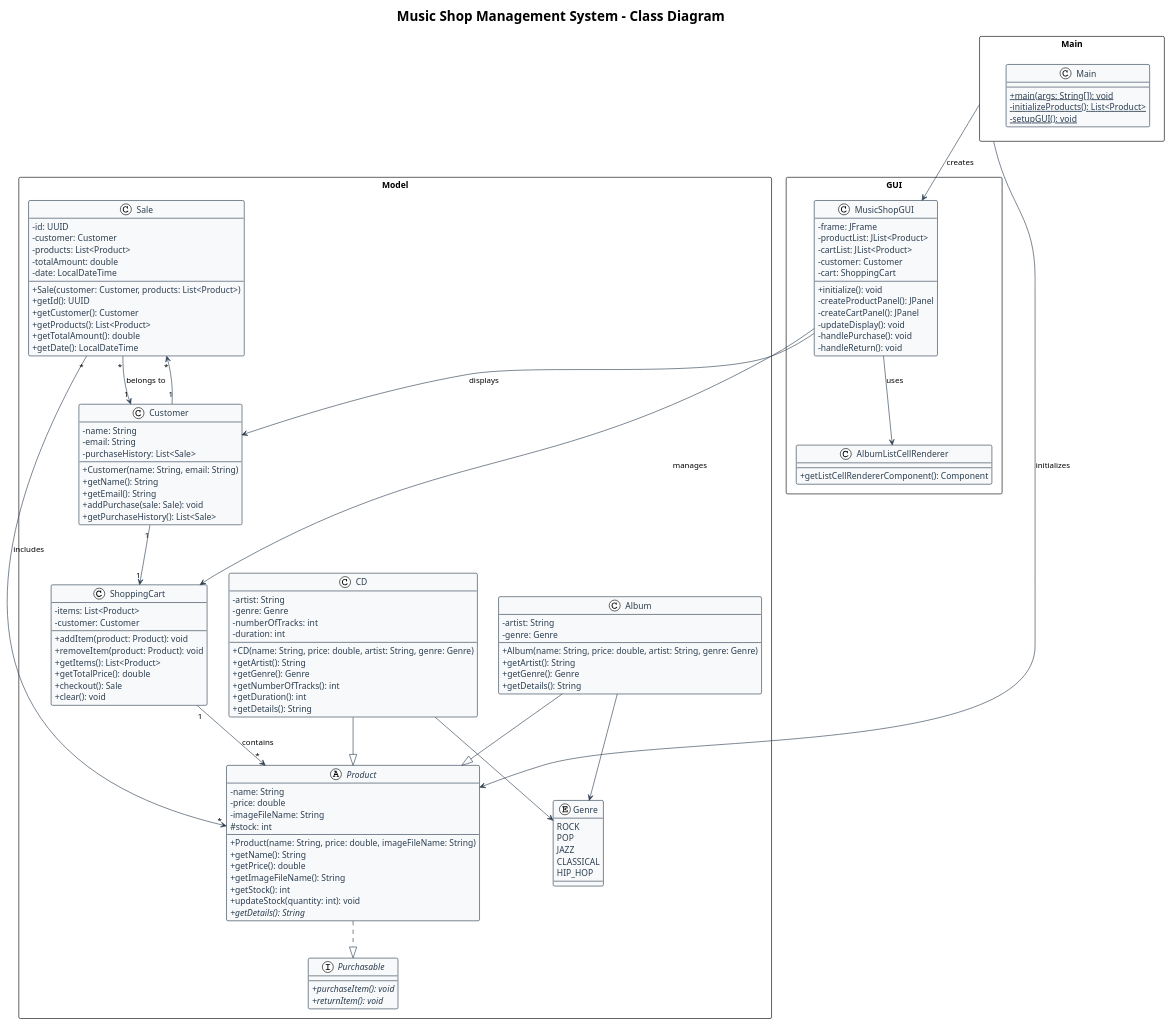
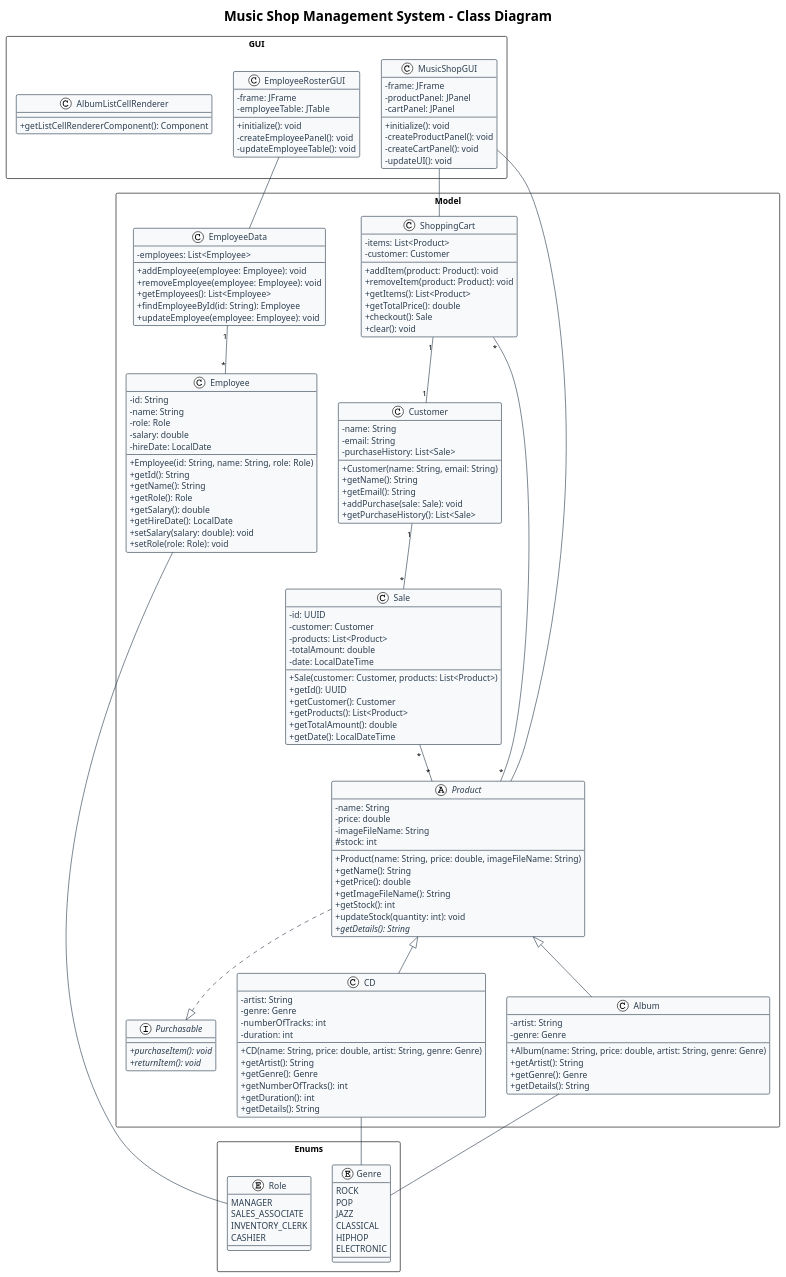
The diagram in Diagrams/music_shop_uml.puml (Senaraufi/OOAD-miniproject), drawn with PlantUML before and after one commit. The commit also changed 1 other file, not shown here.

```diff
--- a/Diagrams/music_shop_uml.puml
+++ b/Diagrams/music_shop_uml.puml
@@ -1,165 +1,195 @@
 @startuml MusicShopSystem
 
 ' Style and theme settings
 !theme plain
 skinparam backgroundColor transparent
 skinparam classAttributeIconSize 0
 skinparam roundcorner 5
 skinparam shadowing false
 
 skinparam class {
     BackgroundColor #F8F9FA
     BorderColor #2C3E50
     ArrowColor #2C3E50
     FontColor #2C3E50
     AttributeFontColor #2C3E50
     StereotypeFontColor #2C3E50
 }
 
 skinparam packageStyle rectangle
 
 ' Title
 title Music Shop Management System - Class Diagram
 
 ' Packages
 package Model {
     ' Interfaces
     interface Purchasable {
         + {abstract} purchaseItem(): void
         + {abstract} returnItem(): void
     }
 
     ' Abstract Classes
     abstract class Product {
         - name: String
         - price: double
         - imageFileName: String
         # stock: int
         + Product(name: String, price: double, imageFileName: String)
         + getName(): String
         + getPrice(): double
         + getImageFileName(): String
         + getStock(): int
         + updateStock(quantity: int): void
         + {abstract} getDetails(): String
     }
 
     ' Concrete Classes
     class Album {
         - artist: String
         - genre: Genre
         + Album(name: String, price: double, artist: String, genre: Genre)
         + getArtist(): String
         + getGenre(): Genre
         + getDetails(): String
     }
 
     class CD {
         - artist: String
         - genre: Genre
         - numberOfTracks: int
         - duration: int
         + CD(name: String, price: double, artist: String, genre: Genre)
         + getArtist(): String
         + getGenre(): Genre
         + getNumberOfTracks(): int
         + getDuration(): int
         + getDetails(): String
     }
 
     class Customer {
         - name: String
         - email: String
         - purchaseHistory: List<Sale>
         + Customer(name: String, email: String)
         + getName(): String
         + getEmail(): String
         + addPurchase(sale: Sale): void
         + getPurchaseHistory(): List<Sale>
     }
 
+    class Employee {
+        - id: String
+        - name: String
+        - role: Role
+        - salary: double
+        - hireDate: LocalDate
+        + Employee(id: String, name: String, role: Role)
+        + getId(): String
+        + getName(): String
+        + getRole(): Role
+        + getSalary(): double
+        + getHireDate(): LocalDate
+        + setSalary(salary: double): void
+        + setRole(role: Role): void
+    }
+
+    class EmployeeData {
+        - employees: List<Employee>
+        + addEmployee(employee: Employee): void
+        + removeEmployee(employee: Employee): void
+        + getEmployees(): List<Employee>
+        + findEmployeeById(id: String): Employee
+        + updateEmployee(employee: Employee): void
+    }
+
     class Sale {
         - id: UUID
         - customer: Customer
         - products: List<Product>
         - totalAmount: double
         - date: LocalDateTime
         + Sale(customer: Customer, products: List<Product>)
         + getId(): UUID
         + getCustomer(): Customer
         + getProducts(): List<Product>
         + getTotalAmount(): double
         + getDate(): LocalDateTime
     }
 
     class ShoppingCart {
         - items: List<Product>
         - customer: Customer
         + addItem(product: Product): void
         + removeItem(product: Product): void
         + getItems(): List<Product>
         + getTotalPrice(): double
         + checkout(): Sale
         + clear(): void
     }
-
-    ' Enums
-    enum Genre {
-        ROCK
-        POP
-        JAZZ
-        CLASSICAL
-        HIP_HOP
-    }
 }
 
 package GUI {
     class MusicShopGUI {
         - frame: JFrame
-        - productList: JList<Product>
-        - cartList: JList<Product>
-        - customer: Customer
-        - cart: ShoppingCart
+        - productPanel: JPanel
+        - cartPanel: JPanel
         + initialize(): void
-        - createProductPanel(): JPanel
-        - createCartPanel(): JPanel
-        - updateDisplay(): void
-        - handlePurchase(): void
-        - handleReturn(): void
+        - createProductPanel(): void
+        - createCartPanel(): void
+        - updateUI(): void
+    }
+
+    class EmployeeRosterGUI {
+        - frame: JFrame
+        - employeeTable: JTable
+        + initialize(): void
+        - createEmployeePanel(): void
+        - updateEmployeeTable(): void
     }
 
     class AlbumListCellRenderer {
         + getListCellRendererComponent(): Component
     }
 }
 
-package Main {
-    class Main {
-        + {static} main(args: String[]): void
-        - {static} initializeProducts(): List<Product>
-        - {static} setupGUI(): void
+package Enums {
+    enum Genre {
+        ROCK
+        POP
+        JAZZ
+        CLASSICAL
+        HIPHOP
+        ELECTRONIC
+    }
+
+    enum Role {
+        MANAGER
+        SALES_ASSOCIATE
+        INVENTORY_CLERK
+        CASHIER
     }
 }
 
 ' Relationships
+Product <|-- Album
+Product <|-- CD
 Product ..|> Purchasable
-Album --|> Product
-CD --|> Product
 
-Album --> Genre
-CD --> Genre
+Customer "1" -- "*" Sale
+Sale "*" -- "*" Product
 
-Customer "1" --> "1" ShoppingCart
-Customer "1" --> "*" Sale
-ShoppingCart "1" --> "*" Product : contains
-Sale "*" --> "1" Customer : belongs to
-Sale "*" --> "*" Product : includes
+ShoppingCart "1" -- "1" Customer
+ShoppingCart "*" -- "*" Product
 
-MusicShopGUI --> Customer : displays
-MusicShopGUI --> ShoppingCart : manages
-MusicShopGUI --> AlbumListCellRenderer : uses
+EmployeeData "1" -- "*" Employee
+Employee -- Role
 
-Main --> MusicShopGUI : creates
-Main --> Product : initializes
+MusicShopGUI -- ShoppingCart
+MusicShopGUI -- Product
+EmployeeRosterGUI -- EmployeeData
+
+Album -- Genre
+CD -- Genre
 
 @enduml
```
